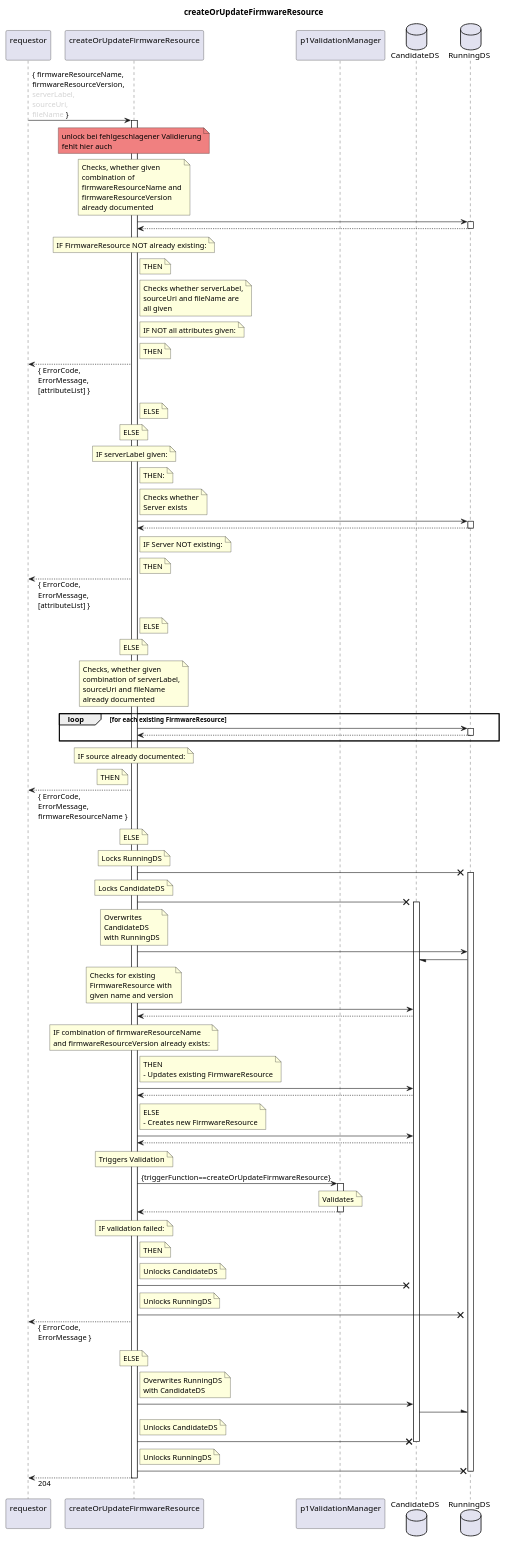
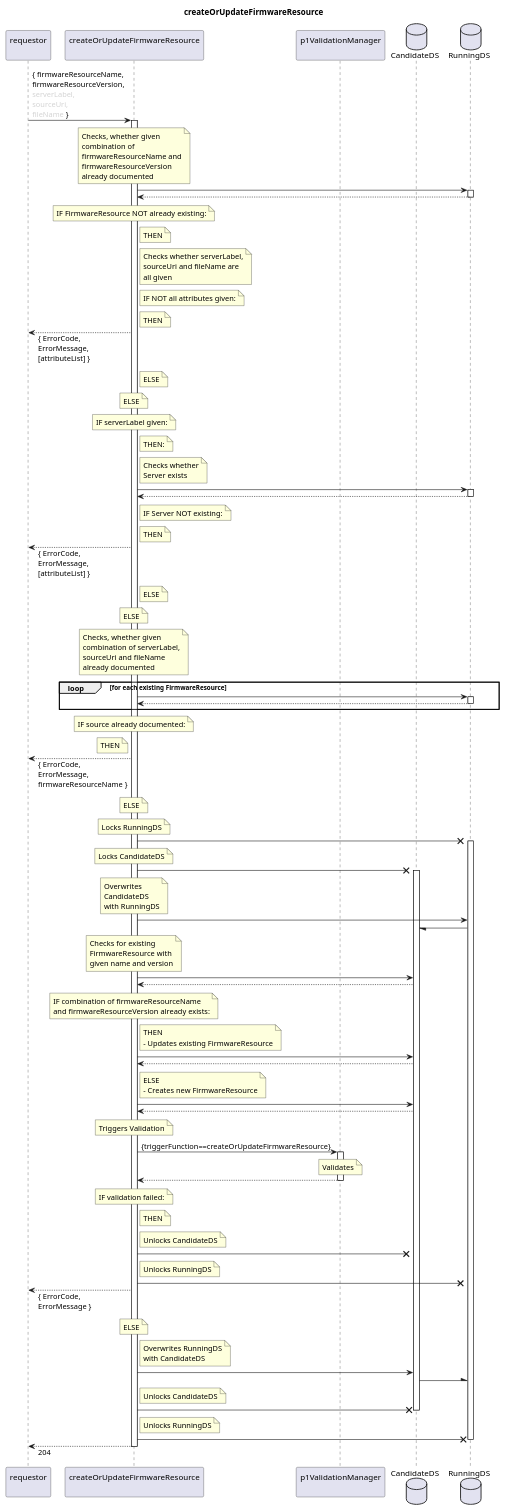
The diagram in spec/Services/createOrUpdateFirmwareResource/1.0.0/createOrUpdateFirmwareResource.plantuml (openBackhaul/FirmWareManager), drawn with PlantUML before and after one commit. The commit also changed 7 other files, not shown here.

Commit message:
removed notes from diagrams

```diff
--- a/spec/Services/createOrUpdateFirmwareResource/1.0.0/createOrUpdateFirmwareResource.plantuml
+++ b/spec/Services/createOrUpdateFirmwareResource/1.0.0/createOrUpdateFirmwareResource.plantuml
@@ -13,11 +13,6 @@
 
 requestor -> indServ: { firmwareResourceName,\nfirmwareResourceVersion,\n<color:LightGray>serverLabel,\n<color:LightGray>sourceUri,\n<color:LightGray>fileName</color> }
 activate indServ
-
-  note over indServ #lightcoral
-    unlock bei fehlgeschlagener Validierung
-    fehlt hier auch
-  end note
 
   note over indServ
     Checks, whether given
```
